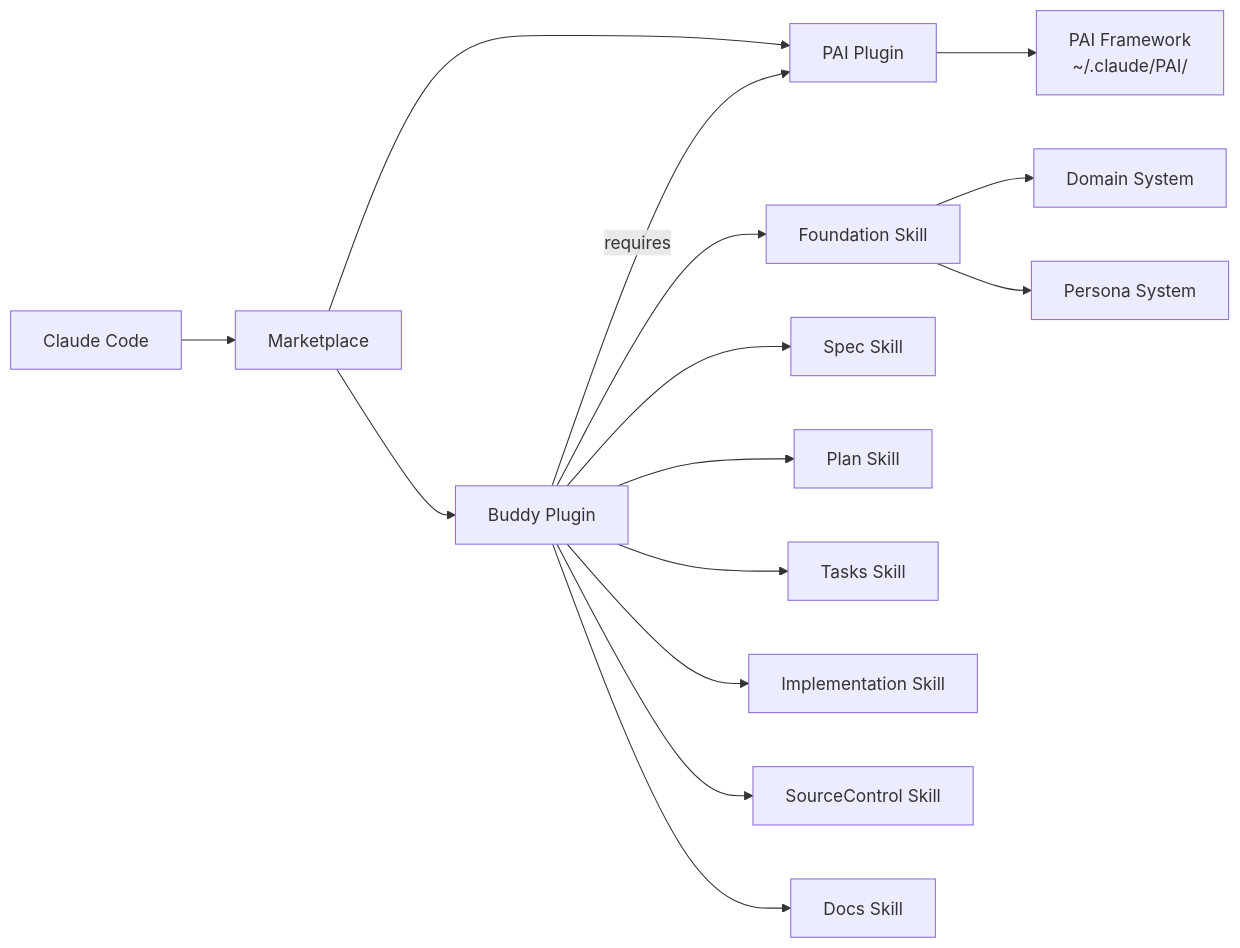
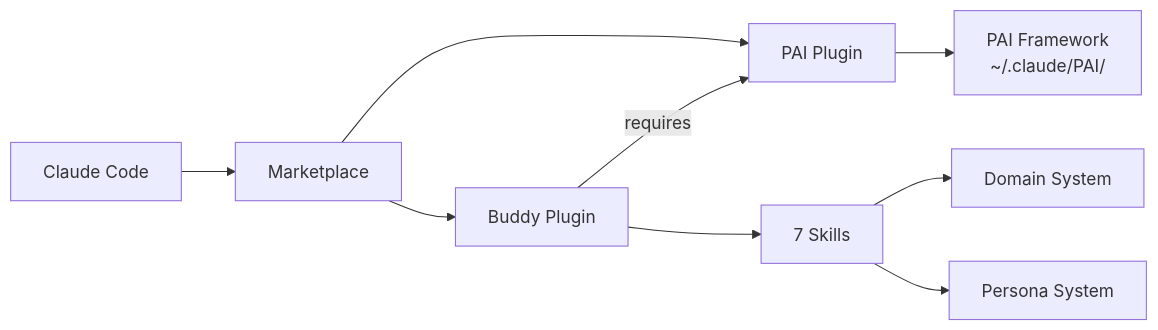
The second of 2 diagrams in docs/architecture.md (rsts-dev/claude-buddy-marketplace), drawn with Mermaid before and after one commit. The commit also changed other lines of this file and 21 other files, not shown here.

````diff
--- a/docs/architecture.md
+++ b/docs/architecture.md
@@ -85,17 +72,11 @@
 ```mermaid
 graph LR
     CC["Claude Code"] --> M["Marketplace"]
     M --> PAI["PAI Plugin"]
     M --> Buddy["Buddy Plugin"]
     PAI --> PAIFW["PAI Framework<br/>~/.claude/PAI/"]
-    Buddy -->|"requires"| PAI
-    Buddy --> Foundation["Foundation Skill"]
-    Foundation --> Domains["Domain System"]
-    Foundation --> Personas["Persona System"]
-    Buddy --> Spec["Spec Skill"]
-    Buddy --> Plan["Plan Skill"]
-    Buddy --> Tasks["Tasks Skill"]
-    Buddy --> Impl["Implementation Skill"]
-    Buddy --> SC["SourceControl Skill"]
-    Buddy --> Docs["Docs Skill"]
+    Buddy -->|requires| PAI
+    Buddy --> Skills["7 Skills"]
+    Skills --> Domains["Domain System"]
+    Skills --> Personas["Persona System"]
 ```
````
